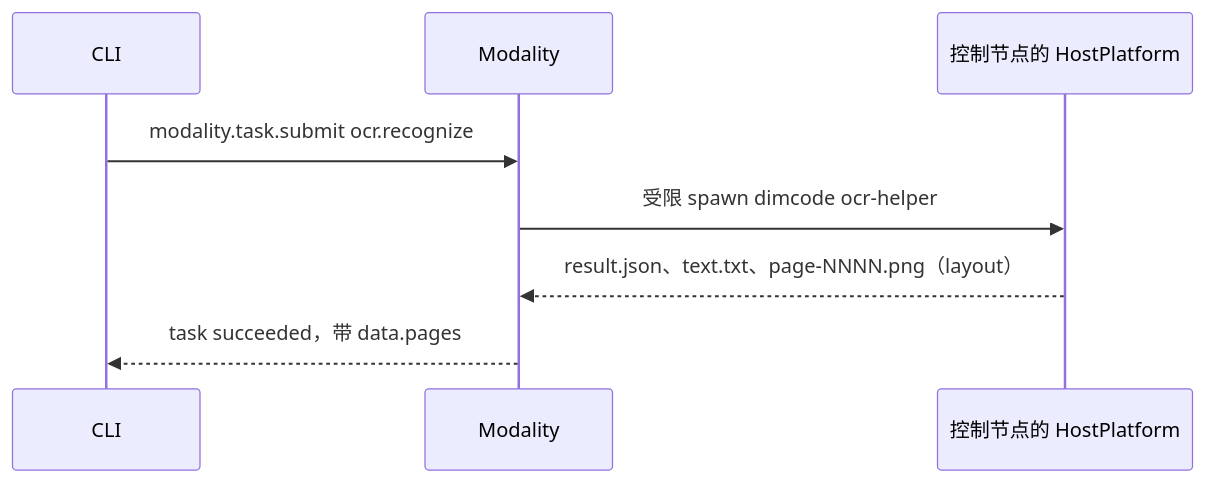
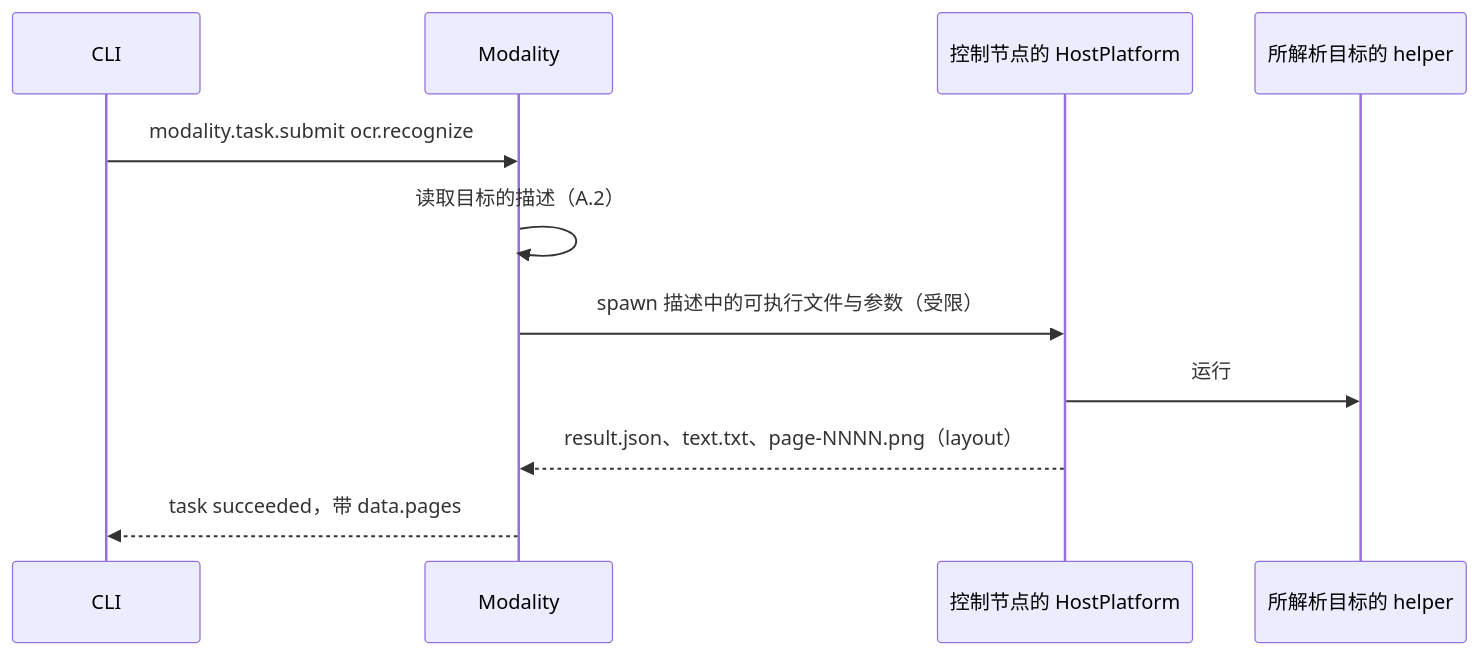
One commit to CoutinhoTTS/dim-agent changed the fourth of 6 diagrams in docs/zh/design/plugins/Modality.md. Above: the diagram before and after it, drawn with Mermaid. The commit also changed other lines of this file and 1 other file, not shown here.

First line of the commit message:
docs(modality): accept OCR targets supplied by a plugin

````diff
--- a/docs/zh/design/plugins/Modality.md
+++ b/docs/zh/design/plugins/Modality.md
@@ -123,10 +123,13 @@
 ```mermaid
 sequenceDiagram
   participant C as CLI
   participant D as Modality
   participant H as 控制节点的 HostPlatform
+  participant E as 所解析目标的 helper
   C->>D: modality.task.submit ocr.recognize
-  D->>H: 受限 spawn dimcode ocr-helper
+  D->>D: 读取目标的描述（A.2）
+  D->>H: spawn 描述中的可执行文件与参数（受限）
+  H->>E: 运行
   H-->>D: result.json、text.txt、page-NNNN.png（layout）
   D-->>C: task succeeded，带 data.pages
 ```
````
